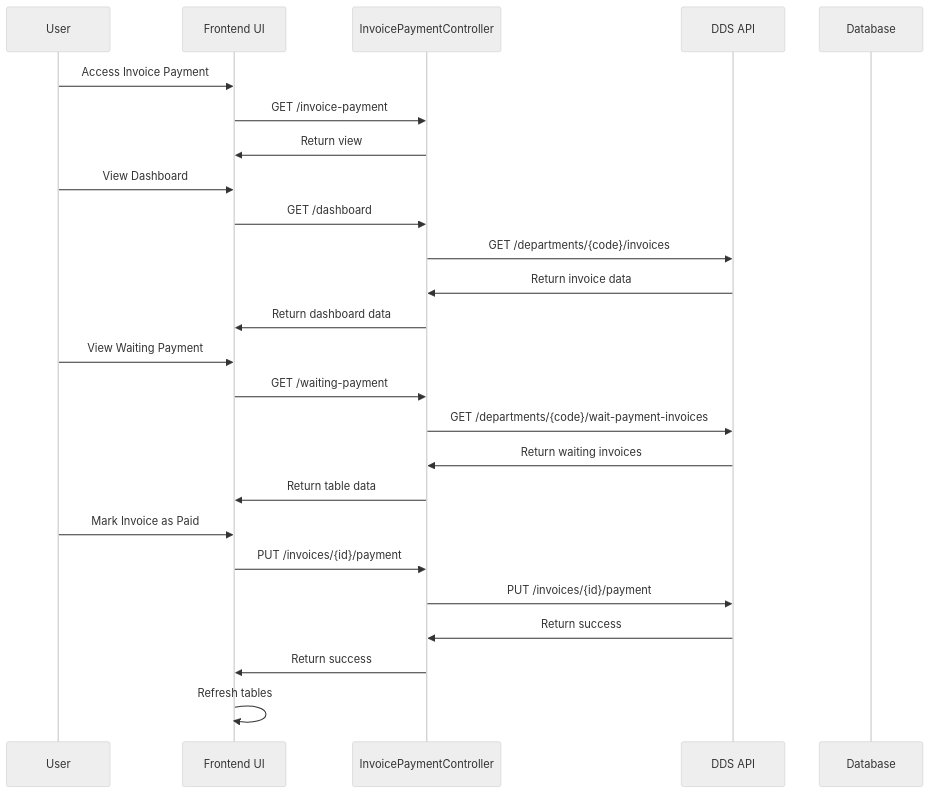
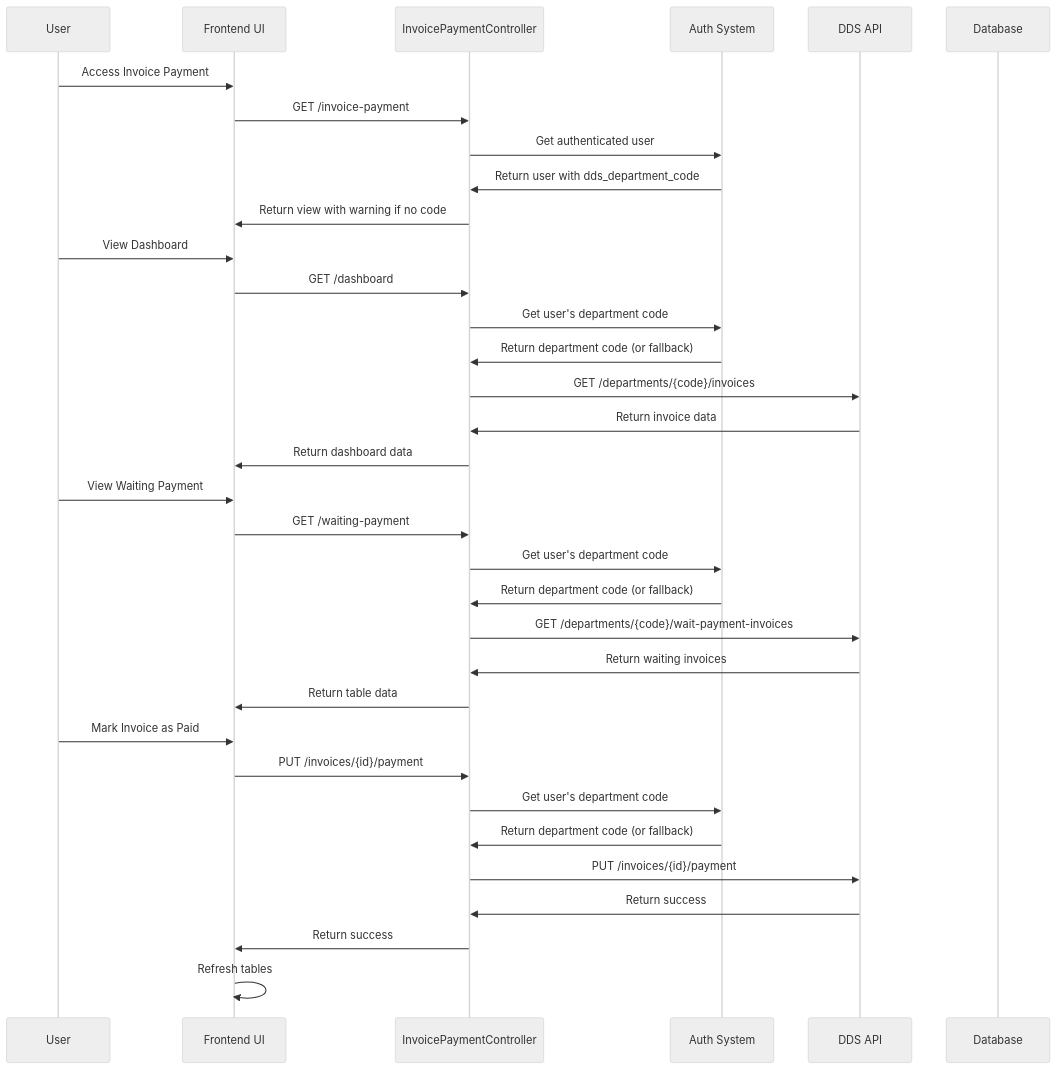
Before and after one commit to rachmanj/payreq-x-v3: the second of 2 diagrams in docs/architecture.md, drawn with Mermaid (neutral theme). The commit also changed other lines of this file and 10 other files, not shown here.

First line of the commit message:
Implement Per-User DDS Department Code Feature

````diff
--- a/docs/architecture.md
+++ b/docs/architecture.md
@@ -161,31 +163,40 @@
 ```mermaid
 sequenceDiagram
     participant User
     participant UI as Frontend UI
     participant Controller as InvoicePaymentController
+    participant Auth as Auth System
     participant DDS as DDS API
     participant DB as Database
 
     User->>UI: Access Invoice Payment
     UI->>Controller: GET /invoice-payment
-    Controller->>UI: Return view
+    Controller->>Auth: Get authenticated user
+    Auth->>Controller: Return user with dds_department_code
+    Controller->>UI: Return view with warning if no code
 
     User->>UI: View Dashboard
     UI->>Controller: GET /dashboard
+    Controller->>Auth: Get user's department code
+    Auth->>Controller: Return department code (or fallback)
     Controller->>DDS: GET /departments/{code}/invoices
     DDS->>Controller: Return invoice data
     Controller->>UI: Return dashboard data
 
     User->>UI: View Waiting Payment
     UI->>Controller: GET /waiting-payment
+    Controller->>Auth: Get user's department code
+    Auth->>Controller: Return department code (or fallback)
     Controller->>DDS: GET /departments/{code}/wait-payment-invoices
     DDS->>Controller: Return waiting invoices
     Controller->>UI: Return table data
 
     User->>UI: Mark Invoice as Paid
     UI->>Controller: PUT /invoices/{id}/payment
+    Controller->>Auth: Get user's department code
+    Auth->>Controller: Return department code (or fallback)
     Controller->>DDS: PUT /invoices/{id}/payment
     DDS->>Controller: Return success
     Controller->>UI: Return success
     UI->>UI: Refresh tables
 ```
````
